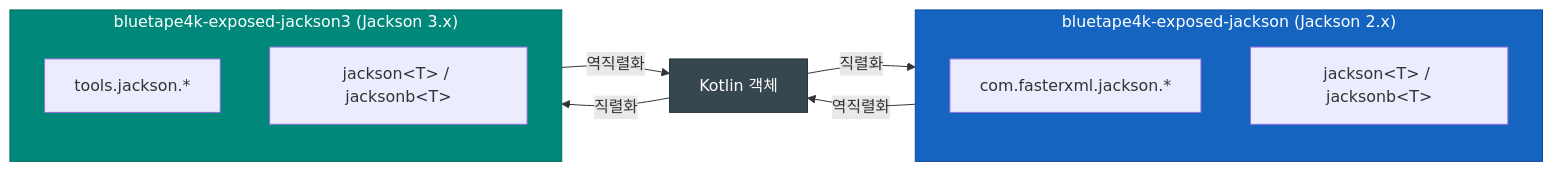
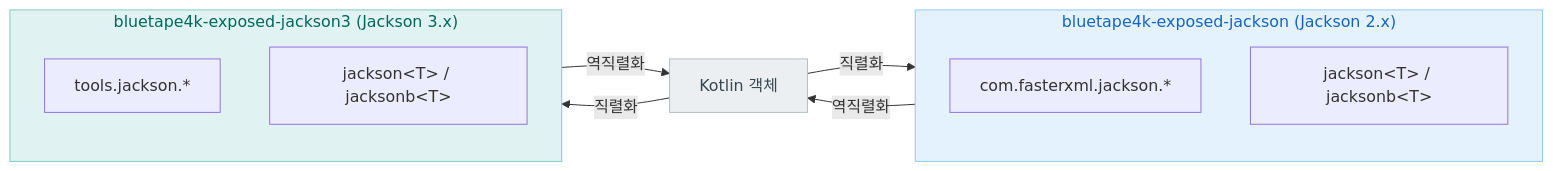
One commit to bluetape4k/bluetape4k-projects changed the third of 3 diagrams in data/exposed-jackson3/README.ko.md. Above: the diagram before and after it, drawn with Mermaid. The commit also changed other lines of this file and 219 other files, not shown here.

First line of the commit message:
docs: 전체 README Mermaid 다이어그램 가이드 적용

````diff
--- a/data/exposed-jackson3/README.ko.md
+++ b/data/exposed-jackson3/README.ko.md
@@ -198,23 +198,23 @@
 ```mermaid
 flowchart LR
     subgraph Jackson2["bluetape4k-exposed-jackson (Jackson 2.x)"]
         A2["com.fasterxml.jackson.*"]
         B2["jackson&lt;T&gt; / jacksonb&lt;T&gt;"]
     end
     subgraph Jackson3["bluetape4k-exposed-jackson3 (Jackson 3.x)"]
         A3["tools.jackson.*"]
         B3["jackson&lt;T&gt; / jacksonb&lt;T&gt;"]
     end
     C[Kotlin 객체] -->|직렬화| Jackson2
     C -->|직렬화| Jackson3
     Jackson2 -->|역직렬화| C
     Jackson3 -->|역직렬화| C
 
-    classDef objectStyle fill:#37474F,stroke:#263238,color:#FFFFFF
-    classDef jackson2Style fill:#1565C0,stroke:#0D47A1,color:#FFFFFF
-    classDef jackson3Style fill:#00897B,stroke:#00695C,color:#FFFFFF
+    classDef objectStyle fill:#ECEFF1,stroke:#B0BEC5,color:#37474F
+    classDef jackson2Style fill:#E3F2FD,stroke:#90CAF9,color:#1565C0
+    classDef jackson3Style fill:#E0F2F1,stroke:#80CBC4,color:#00695C
 
     class C objectStyle
     class Jackson2 jackson2Style
     class Jackson3 jackson3Style
 ```
````
